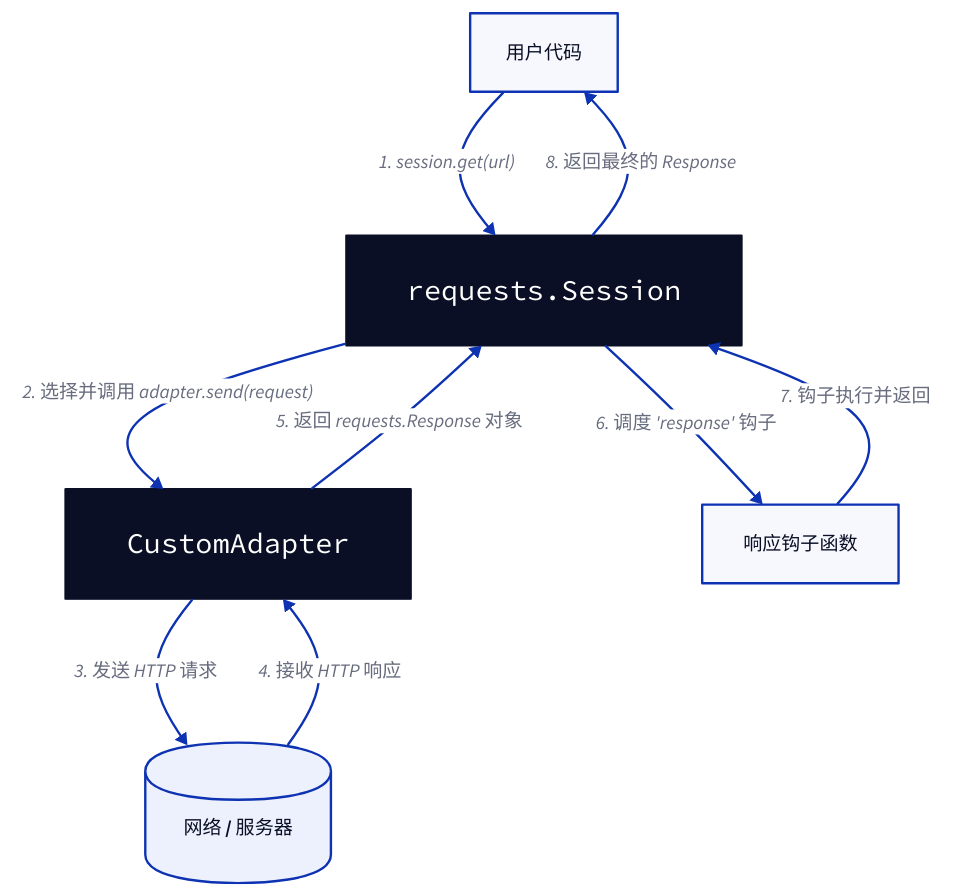
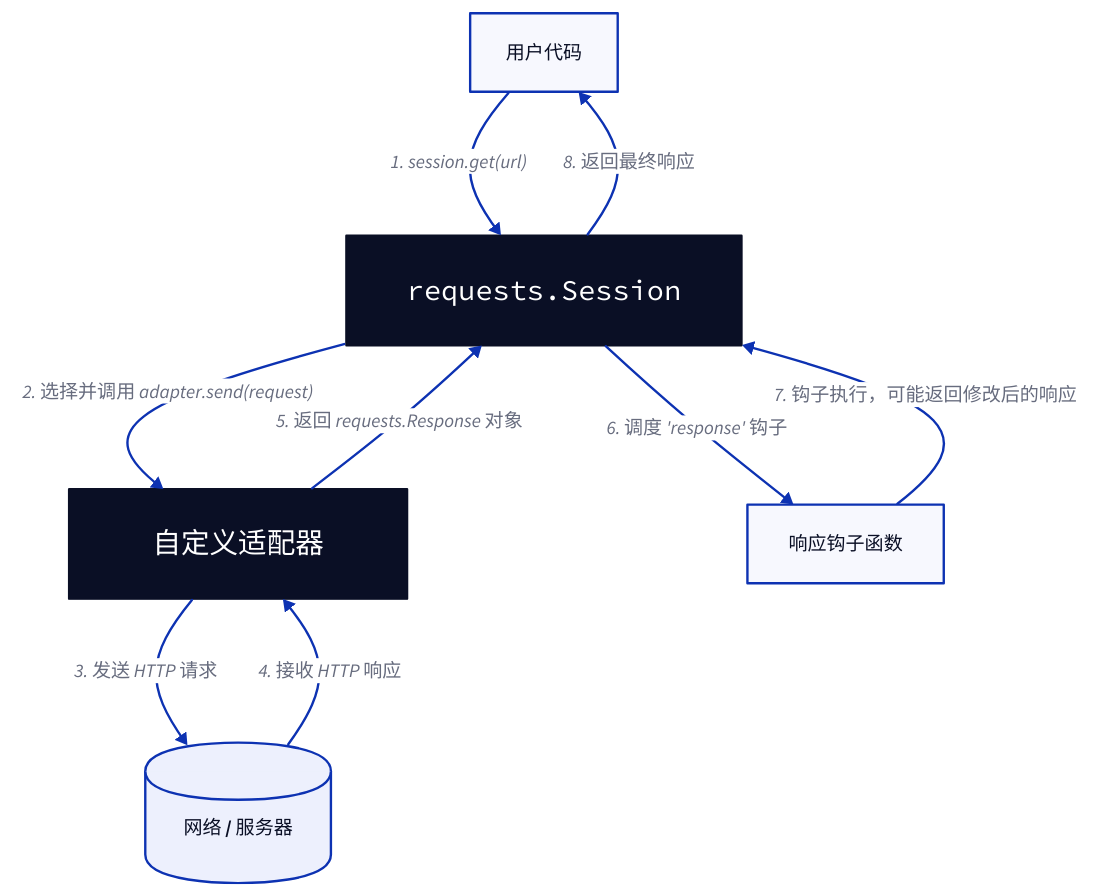
Before and after one commit to lban2049/requests: the diagram in .aigne/doc-smith/docs/advanced-usage-adapters-and-hooks.zh.md, drawn with D2. The commit also changed other lines of this file and 29 other files, not shown here.

````diff
--- a/.aigne/doc-smith/docs/advanced-usage-adapters-and-hooks.zh.md
+++ b/.aigne/doc-smith/docs/advanced-usage-adapters-and-hooks.zh.md
@@ -66,38 +129,38 @@
 ```d2
 direction: down
 
 UserCode: {
   label: "用户代码"
   shape: rectangle
 }
 
 Session: {
   label: "requests.Session"
   shape: class
 }
 
 Adapter: {
-  label: "CustomAdapter"
+  label: "自定义适配器"
   shape: class
 }
 
 Network: {
   label: "网络 / 服务器"
   shape: cylinder
 }
 
 HookFunction: {
   label: "响应钩子函数"
   shape: rectangle
 }
 
 UserCode -> Session: "1. session.get(url)"
 Session -> Adapter: "2. 选择并调用 adapter.send(request)"
 Adapter -> Network: "3. 发送 HTTP 请求"
 Network -> Adapter: "4. 接收 HTTP 响应"
 Adapter -> Session: "5. 返回 requests.Response 对象"
 Session -> HookFunction: "6. 调度 'response' 钩子"
-HookFunction -> Session: "7. 钩子执行并返回"
-Session -> UserCode: "8. 返回最终的 Response"
+HookFunction -> Session: "7. 钩子执行，可能返回修改后的响应"
+Session -> UserCode: "8. 返回最终响应"
 
 ```
````
